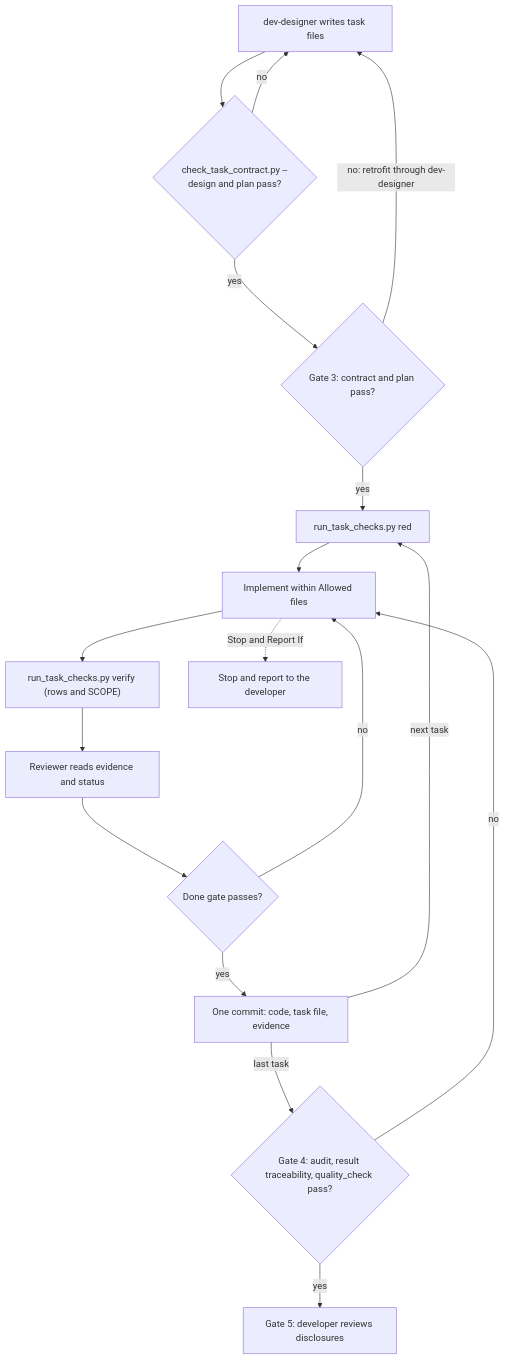
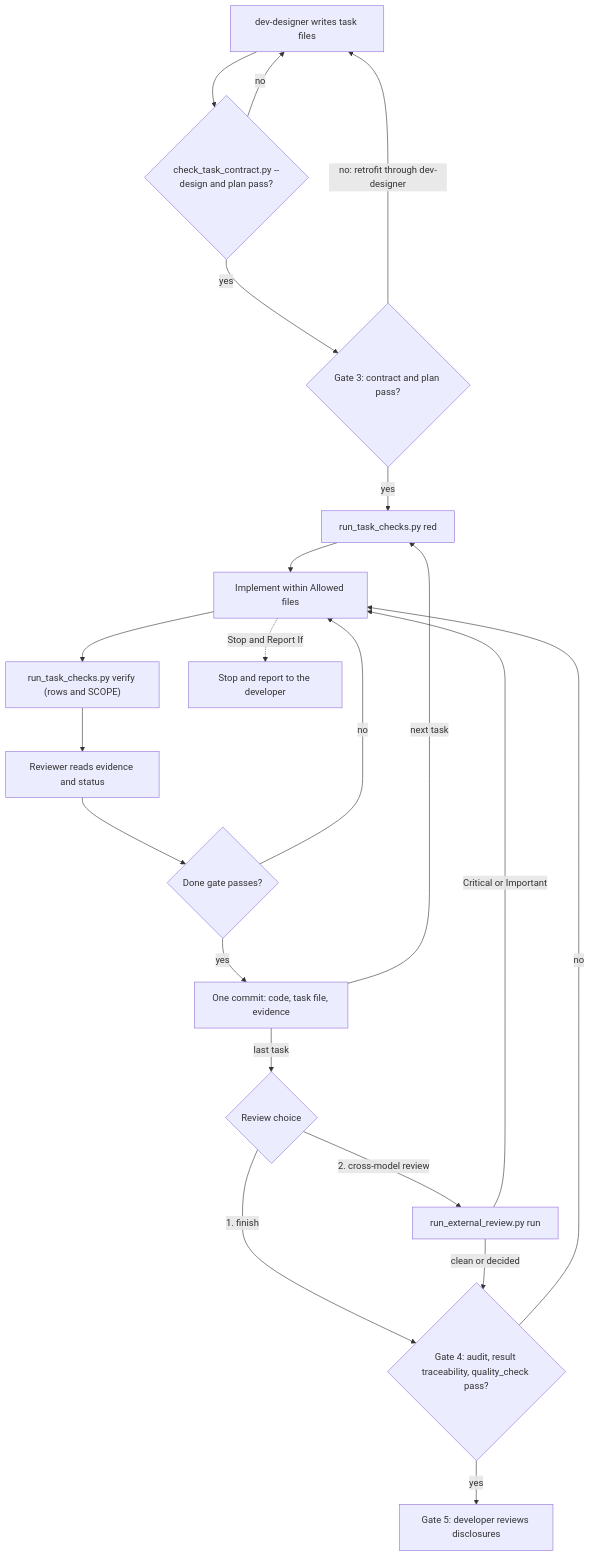
Before and after one commit to DanhDue/ai-agent-tools: the diagram in .devtool/epic/verifiable_task_handoff/2026-10-16-verifiable-task-handoff-design.en.md, drawn with Mermaid. The commit also changed other lines of this file and 1 other file, not shown here.

Commit message:
[VERIFIABLE_TASK_HANDOFF] Add cross-model review to the design spec

````diff
--- a/.devtool/epic/verifiable_task_handoff/2026-10-16-verifiable-task-handoff-design.en.md
+++ b/.devtool/epic/verifiable_task_handoff/2026-10-16-verifiable-task-handoff-design.en.md
@@ -109,32 +115,38 @@
 ```mermaid
 flowchart TD
     DESIGN["dev-designer writes task files"]
     CONTRACT{"check_task_contract.py --design and plan pass?"}
     G3{"Gate 3: contract and plan pass?"}
     RED["run_task_checks.py red"]
     CODE["Implement within Allowed files"]
     VERIFY["run_task_checks.py verify (rows and SCOPE)"]
     REVIEW["Reviewer reads evidence and status"]
     DONE{"Done gate passes?"}
     COMMIT["One commit: code, task file, evidence"]
+    CHOICE{"Review choice"}
+    XREVIEW["run_external_review.py run"]
     GATE4{"Gate 4: audit, result traceability, quality_check pass?"}
     GATE5["Gate 5: developer reviews disclosures"]
     STOP["Stop and report to the developer"]
 
     DESIGN --> CONTRACT
     CONTRACT -->|no| DESIGN
     CONTRACT -->|yes| G3
     G3 -->|"no: retrofit through dev-designer"| DESIGN
     G3 -->|yes| RED
     RED --> CODE
     CODE --> VERIFY
     VERIFY --> REVIEW
     REVIEW --> DONE
     DONE -->|no| CODE
     DONE -->|yes| COMMIT
     COMMIT -->|"next task"| RED
-    COMMIT -->|"last task"| GATE4
+    COMMIT -->|"last task"| CHOICE
+    CHOICE -->|"1. finish"| GATE4
+    CHOICE -->|"2. cross-model review"| XREVIEW
+    XREVIEW -->|"Critical or Important"| CODE
+    XREVIEW -->|"clean or decided"| GATE4
     GATE4 -->|no| CODE
     GATE4 -->|yes| GATE5
     CODE -.->|"Stop and Report If"| STOP
 ```
````
